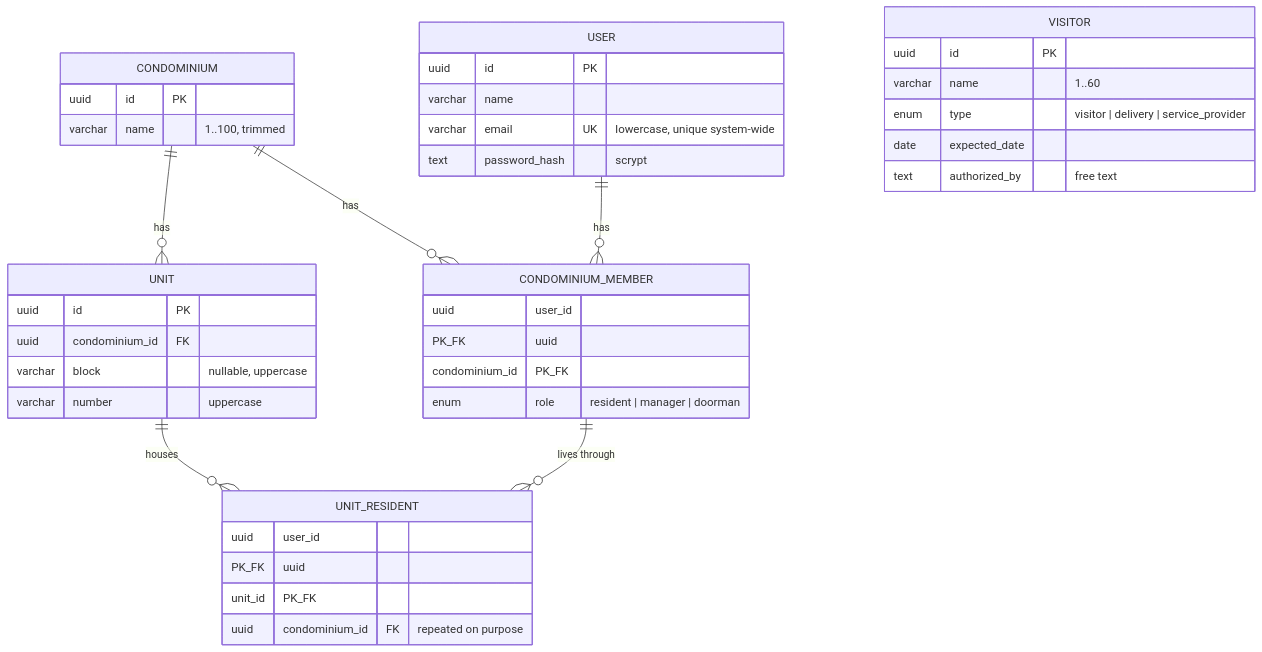
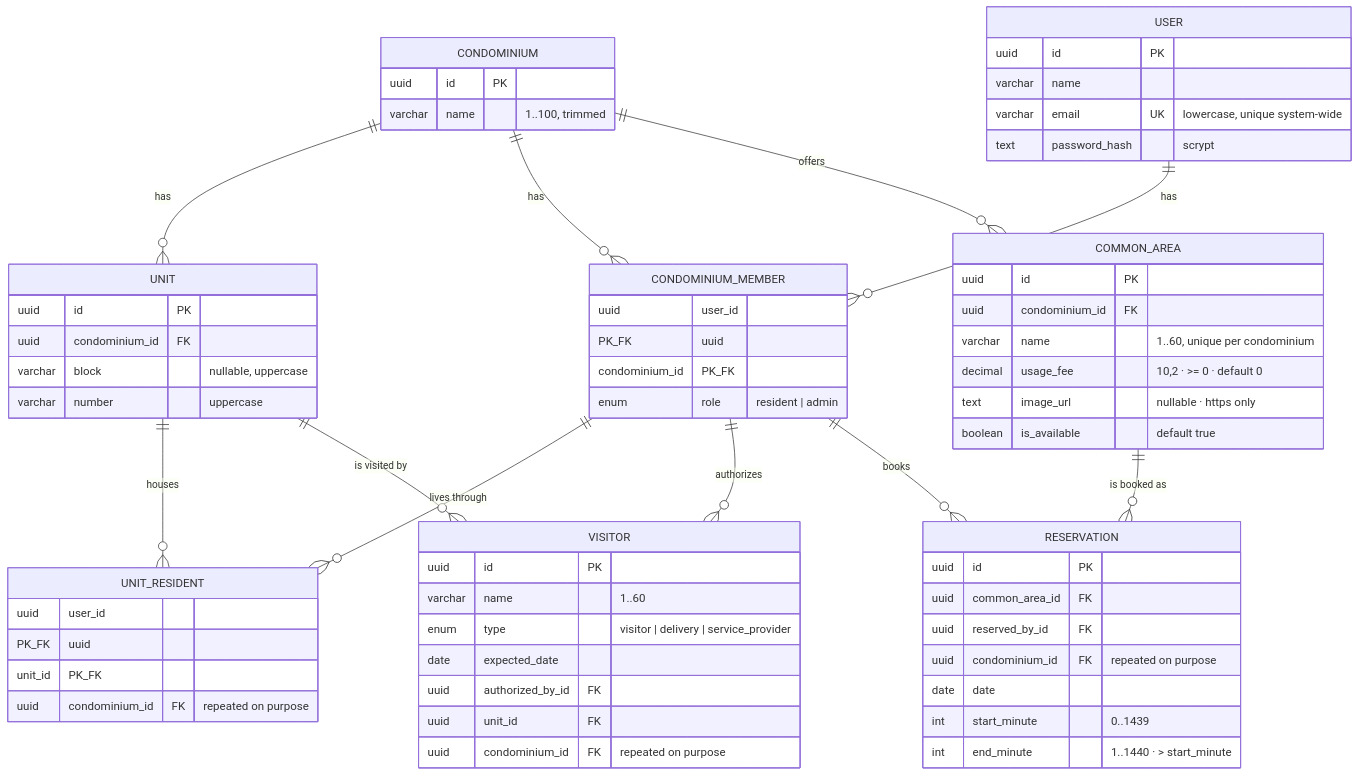
One commit to devfilip1/Condfy changed the diagram in docs/data-model.md. Above: the diagram before and after it, drawn with Mermaid. The commit also changed other lines of this file and 4 other files, not shown here.

````diff
--- a/docs/data-model.md
+++ b/docs/data-model.md
@@ -14,42 +14,66 @@
 ```mermaid
 erDiagram
     CONDOMINIUM ||--o{ UNIT : has
     CONDOMINIUM ||--o{ CONDOMINIUM_MEMBER : has
     USER ||--o{ CONDOMINIUM_MEMBER : has
     CONDOMINIUM_MEMBER ||--o{ UNIT_RESIDENT : "lives through"
     UNIT ||--o{ UNIT_RESIDENT : houses
+    CONDOMINIUM_MEMBER ||--o{ VISITOR : authorizes
+    UNIT ||--o{ VISITOR : "is visited by"
+    CONDOMINIUM ||--o{ COMMON_AREA : offers
+    COMMON_AREA ||--o{ RESERVATION : "is booked as"
+    CONDOMINIUM_MEMBER ||--o{ RESERVATION : books
 
     CONDOMINIUM {
         uuid id PK
         varchar name "1..100, trimmed"
     }
     UNIT {
         uuid id PK
         uuid condominium_id FK
         varchar block "nullable, uppercase"
         varchar number "uppercase"
     }
     USER {
         uuid id PK
         varchar name
         varchar email UK "lowercase, unique system-wide"
         text password_hash "scrypt"
     }
     CONDOMINIUM_MEMBER {
         uuid user_id PK_FK
         uuid condominium_id PK_FK
-        enum role "resident | manager | doorman"
+        enum role "resident | admin"
     }
     UNIT_RESIDENT {
         uuid user_id PK_FK
         uuid unit_id PK_FK
         uuid condominium_id FK "repeated on purpose"
     }
     VISITOR {
         uuid id PK
         varchar name "1..60"
         enum type "visitor | delivery | service_provider"
         date expected_date
-        text authorized_by "free text"
+        uuid authorized_by_id FK
+        uuid unit_id FK
+        uuid condominium_id FK "repeated on purpose"
+    }
+    COMMON_AREA {
+        uuid id PK
+        uuid condominium_id FK
+        varchar name "1..60, unique per condominium"
+        decimal usage_fee "10,2 · >= 0 · default 0"
+        text image_url "nullable · https only"
+        boolean is_available "default true"
+    }
+    RESERVATION {
+        uuid id PK
+        uuid common_area_id FK
+        uuid reserved_by_id FK
+        uuid condominium_id FK "repeated on purpose"
+        date date
+        int start_minute "0..1439"
+        int end_minute "1..1440 · > start_minute"
     }
 ```
````
